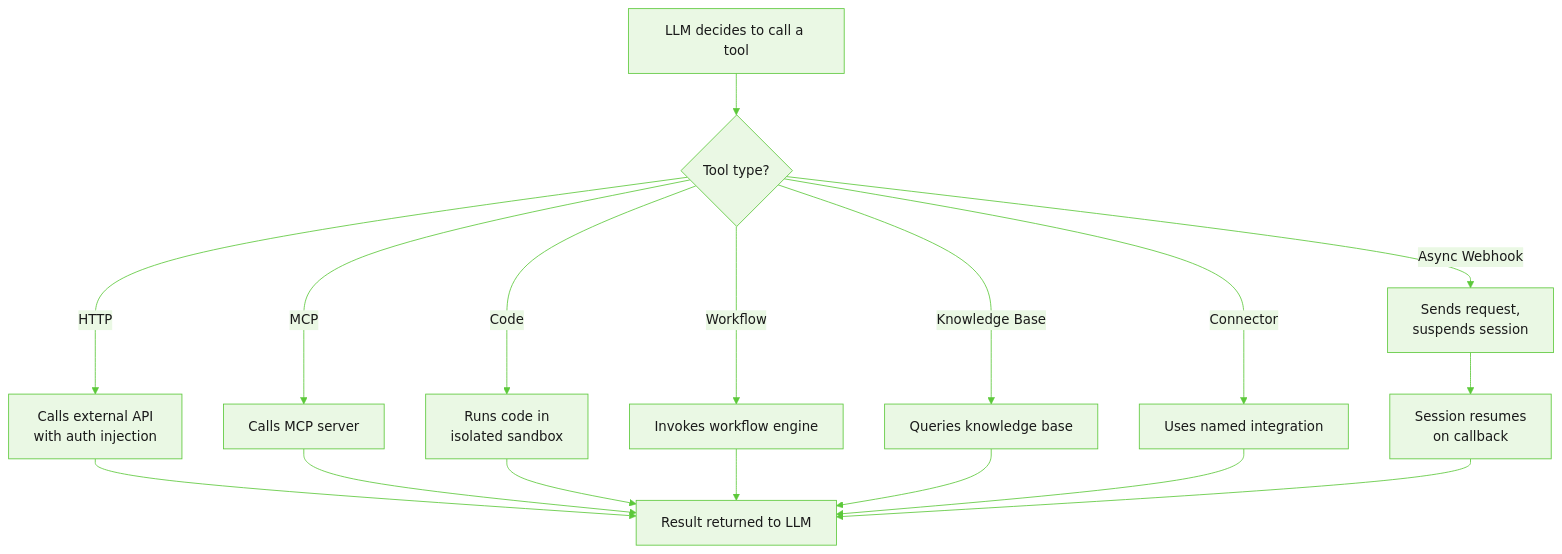
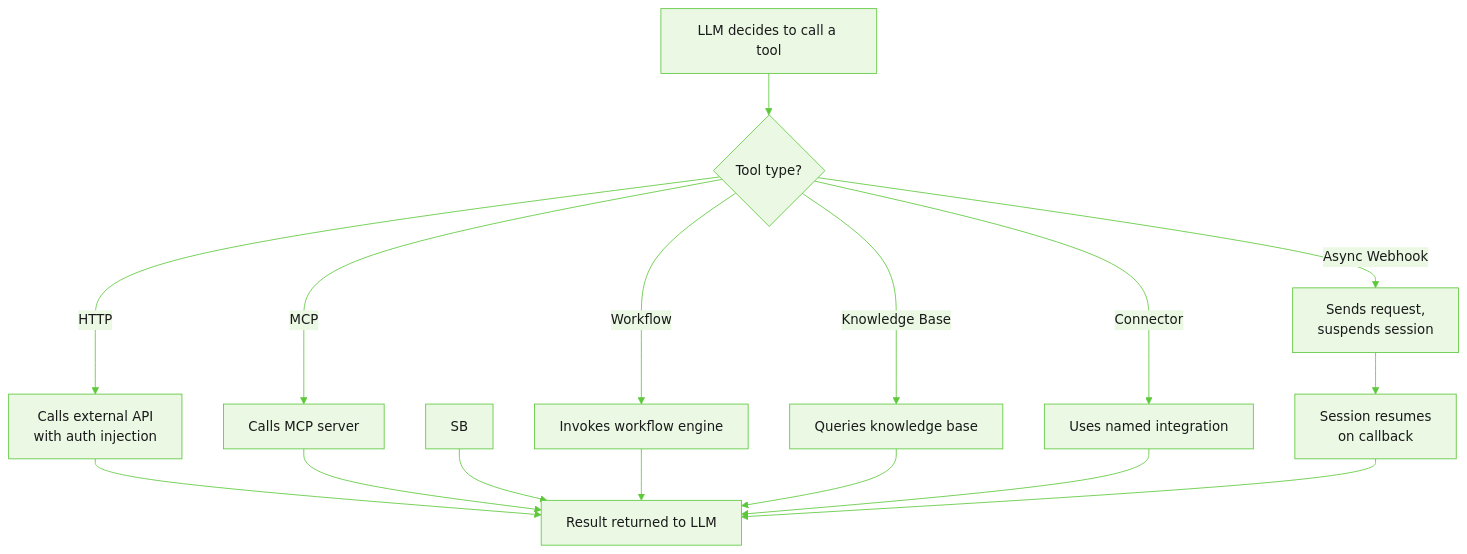
One commit to Koredotcom/docs-v2 changed the second of 3 diagrams in agent-platform/runtime.mdx. Above: the diagram before and after it, drawn with Mermaid. The commit also changed other lines of this file and 7 other files, not shown here.

````diff
--- a/agent-platform/runtime.mdx
+++ b/agent-platform/runtime.mdx
@@ -104,21 +109,20 @@
 ```mermaid actions={false}
 %%{init: {'theme': 'base', 'themeVariables': {'background': 'transparent', 'primaryColor': '#EAF8E4', 'primaryTextColor': '#1a1a1a', 'primaryBorderColor': '#5CC83A', 'lineColor': '#5CC83A', 'secondaryColor': 'transparent', 'tertiaryColor': 'transparent', 'clusterBkg': 'transparent', 'clusterBorder': '#5CC83A', 'titleColor': '#1a1a1a', 'clusterLabelBackground': 'transparent', 'edgeLabelBackground': '#EAF8E4'}}}%%
 flowchart TD
     LLM[LLM decides to call a tool] --> Dispatch{Tool type?}
     Dispatch -->|HTTP| HTTP[Calls external API\nwith auth injection]
     Dispatch -->|MCP| MCP[Calls MCP server]
-    Dispatch -->|Code| SB[Runs code in\nisolated sandbox]
     Dispatch -->|Workflow| WF[Invokes workflow engine]
     Dispatch -->|Knowledge Base| SAI[Queries knowledge base]
     Dispatch -->|Connector| CN[Uses named integration]
     Dispatch -->|Async Webhook| AW[Sends request,\nsuspends session]
 
     HTTP --> Result[Result returned to LLM]
     MCP --> Result
     SB --> Result
     WF --> Result
     SAI --> Result
     CN --> Result
     AW --> Resume[Session resumes\non callback]
     Resume --> Result
 ```
````
